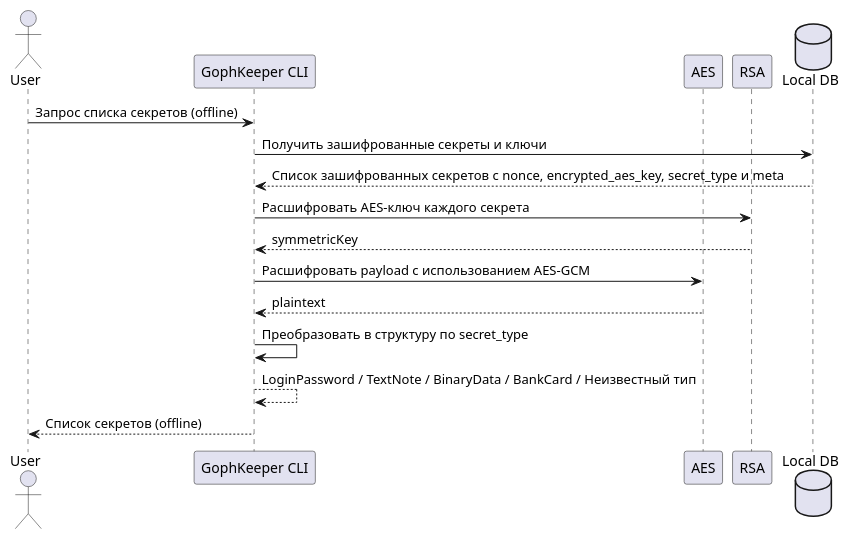
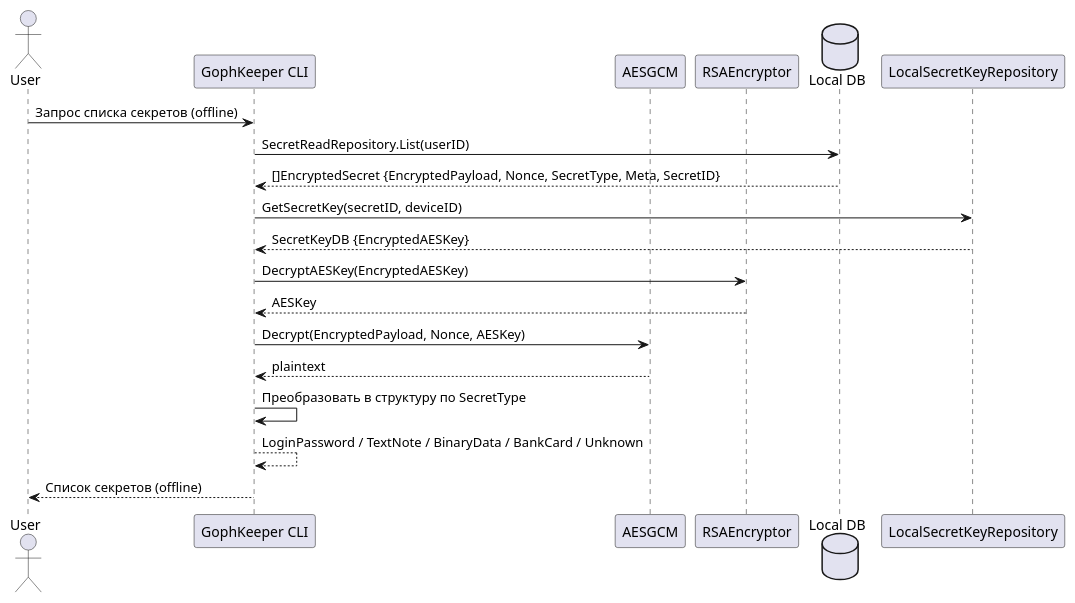
The first of 2 diagrams in docs/list.puml (sbilibin2017/gophkeeper), drawn with PlantUML before and after one commit. The commit also changed other lines of this file and 10 other files, not shown here.

```diff
--- a/docs/list.puml
+++ b/docs/list.puml
@@ -1,32 +1,27 @@
 @startuml
-' Актор — пользователь GophKeeper CLI
 actor User
+participant "GophKeeper CLI" as Client
+participant AESGCM
+participant RSAEncryptor
+database "Local DB" as LDB
+participant "LocalSecretKeyRepository" as KeyRepo
 
-' Участники процесса
-participant "GophKeeper CLI" as Client
-participant AES
-participant RSA
-database "Local DB" as LDB
-
-' Пользователь запрашивает список секретов
 User -> Client: Запрос списка секретов (offline)
 
-' Получение зашифрованных секретов из локальной БД
-Client -> LDB: Получить зашифрованные секреты и ключи
-LDB --> Client: Список зашифрованных секретов с nonce, encrypted_aes_key, secret_type и meta
+Client -> LDB: SecretReadRepository.List(userID)
+LDB --> Client: []EncryptedSecret {EncryptedPayload, Nonce, SecretType, Meta, SecretID}
 
-' Расшифровка AES-ключей
-Client -> RSA: Расшифровать AES-ключ каждого секрета
-RSA --> Client: symmetricKey
+Client -> KeyRepo: GetSecretKey(secretID, deviceID)
+KeyRepo --> Client: SecretKeyDB {EncryptedAESKey}
 
-' Расшифровка payload
-Client -> AES: Расшифровать payload с использованием AES-GCM
-AES --> Client: plaintext
+Client -> RSAEncryptor: DecryptAESKey(EncryptedAESKey)
+RSAEncryptor --> Client: AESKey
 
-' Преобразование секрета по типу
-Client -> Client: Преобразовать в структуру по secret_type
-Client --> Client: LoginPassword / TextNote / BinaryData / BankCard / Неизвестный тип
+Client -> AESGCM: Decrypt(EncryptedPayload, Nonce, AESKey)
+AESGCM --> Client: plaintext
 
-' Возврат списка пользователю
+Client -> Client: Преобразовать в структуру по SecretType
+Client --> Client: LoginPassword / TextNote / BinaryData / BankCard / Unknown
+
 Client --> User: Список секретов (offline)
 @enduml
```
